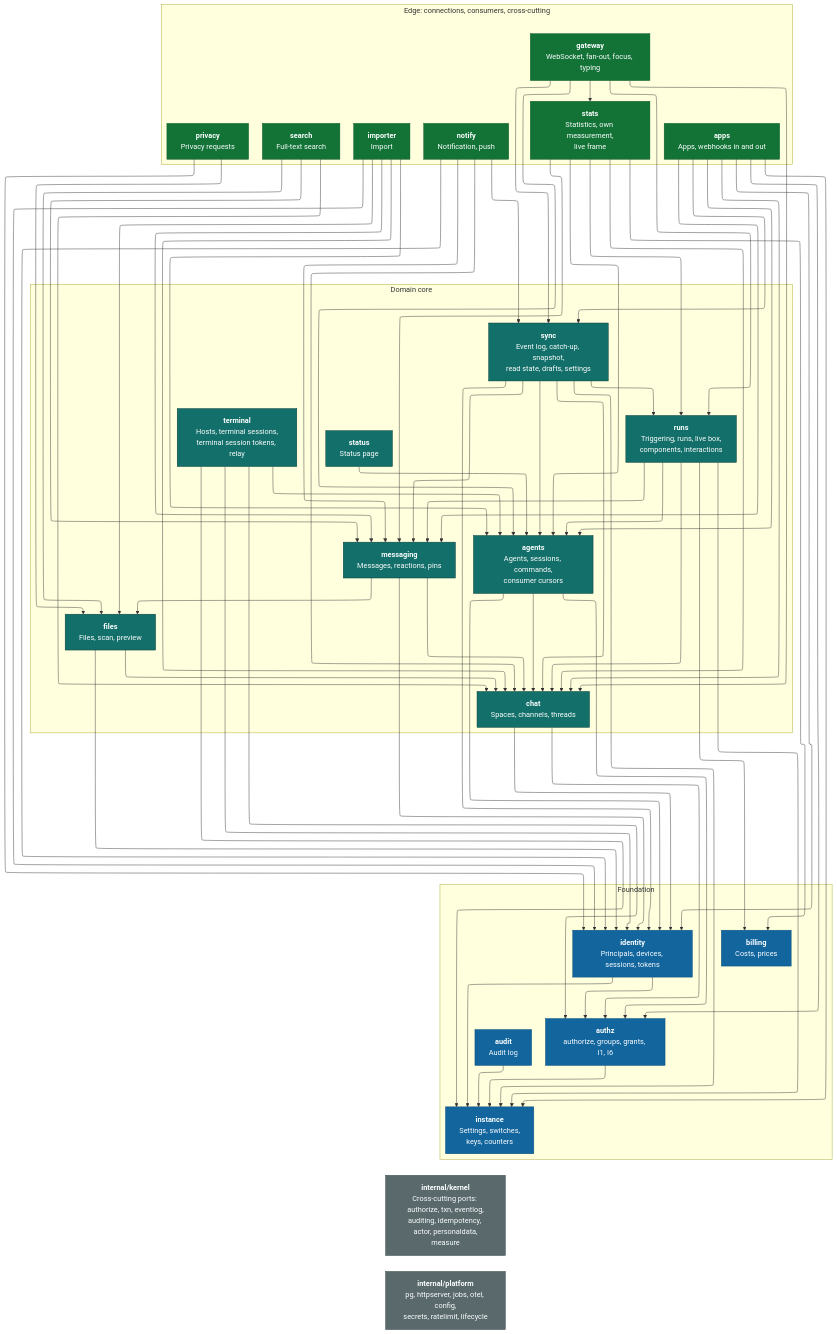
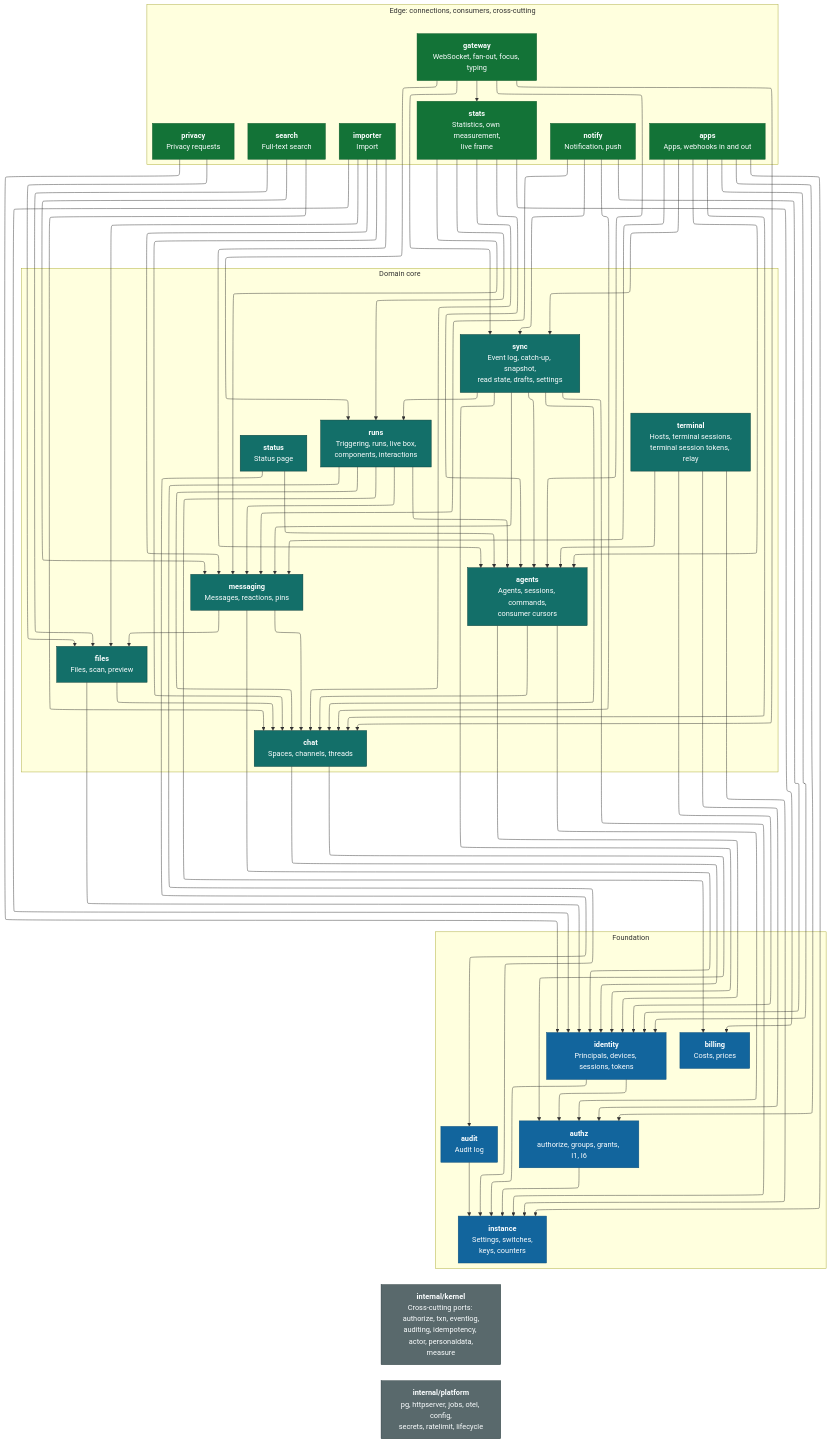
Before and after one commit to mguttmann/bothy: the diagram in docs/architecture/c4-3-server-components.mmd, drawn with Mermaid. The commit also changed 62 other files, not shown here.

```diff
--- a/docs/architecture/c4-3-server-components.mmd
+++ b/docs/architecture/c4-3-server-components.mmd
@@ -1,108 +1,109 @@
 ---
 config:
   layout: elk
 ---
 %% C4 level 3: components of the server = modules of the monolith.
 %% Arrow A --> B means: A may call the port of B (dependency table in 02-architecture.md, 4.4).
 %% All modules also use the cross-cutting ports from internal/kernel; these edges are not drawn.
 flowchart TB
   classDef top fill:#137337,stroke:#0c5828,color:#fbfeff
   classDef mid fill:#136f69,stroke:#063b38,color:#fbfeff
   classDef base fill:#12659d,stroke:#0b4d79,color:#fbfeff
   classDef shared fill:#59696c,stroke:#24363a,color:#fbfeff
 
   subgraph edge["Edge: connections, consumers, cross-cutting"]
     gateway["<b>gateway</b><br/>WebSocket, fan-out, focus, typing"]:::top
     notify["<b>notify</b><br/>Notification, push"]:::top
     apps["<b>apps</b><br/>Apps, webhooks in and out"]:::top
     stats["<b>stats</b><br/>Statistics, own measurement,<br/>live frame"]:::top
     privacy["<b>privacy</b><br/>Privacy requests"]:::top
     importer["<b>importer</b><br/>Import"]:::top
     search["<b>search</b><br/>Full-text search"]:::top
   end
 
   subgraph core["Domain core"]
     sync["<b>sync</b><br/>Event log, catch-up, snapshot,<br/>read state, drafts, settings"]:::mid
     runs["<b>runs</b><br/>Triggering, runs, live box,<br/>components, interactions"]:::mid
     messaging["<b>messaging</b><br/>Messages, reactions, pins"]:::mid
     status["<b>status</b><br/>Status page"]:::mid
     agents["<b>agents</b><br/>Agents, sessions, commands,<br/>consumer cursors"]:::mid
     files["<b>files</b><br/>Files, scan, preview"]:::mid
     chat["<b>chat</b><br/>Spaces, channels, threads"]:::mid
     terminal["<b>terminal</b><br/>Hosts, terminal sessions,<br/>terminal session tokens, relay"]:::mid
   end
 
   subgraph foundation["Foundation"]
     identity["<b>identity</b><br/>Principals, devices, sessions, tokens"]:::base
     authz["<b>authz</b><br/>authorize, groups, grants, I1, I6"]:::base
     audit["<b>audit</b><br/>Audit log"]:::base
     billing["<b>billing</b><br/>Costs, prices"]:::base
     instance["<b>instance</b><br/>Settings, switches,<br/>keys, counters"]:::base
   end
 
   kernel["<b>internal/kernel</b><br/>Cross-cutting ports: authorize, txn, eventlog,<br/>auditing, idempotency, actor, personaldata,<br/>measure"]:::shared
   platform["<b>internal/platform</b><br/>pg, httpserver, jobs, otel, config,<br/>secrets, ratelimit, lifecycle"]:::shared
 
   gateway --> chat
   gateway --> agents
   gateway --> runs
   gateway --> sync
   gateway --> stats
   notify --> identity
   notify --> chat
   notify --> messaging
   notify --> sync
   apps --> instance
   apps --> identity
   apps --> authz
   apps --> chat
   apps --> agents
   apps --> messaging
   apps --> sync
   stats --> chat
   stats --> agents
   stats --> messaging
   stats --> runs
   stats --> billing
   privacy --> identity
   privacy --> files
   importer --> identity
   importer --> chat
   importer --> agents
   importer --> messaging
   importer --> files
   search --> chat
   search --> messaging
   search --> files
   sync --> instance
   sync --> identity
   sync --> chat
   sync --> agents
   sync --> messaging
   sync --> runs
   runs --> instance
   runs --> chat
   runs --> agents
   runs --> messaging
   runs --> billing
   messaging --> identity
   messaging --> chat
   messaging --> files
   status --> agents
+  status --> audit
   terminal --> instance
   terminal --> identity
   terminal --> authz
   terminal --> agents
   agents --> identity
   agents --> authz
   agents --> chat
   files --> identity
   files --> chat
   chat --> identity
   chat --> authz
   identity --> instance
   identity --> authz
   authz --> instance
   audit --> instance
   foundation ~~~ kernel
   kernel ~~~ platform
```
